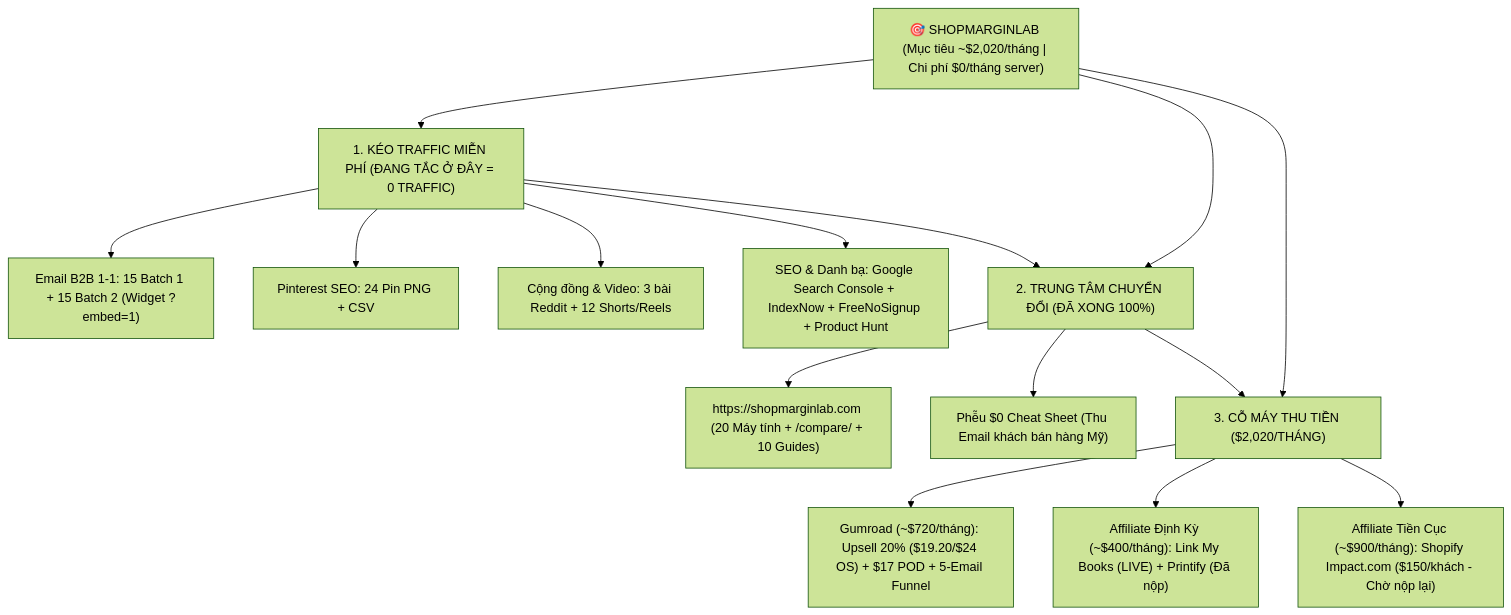
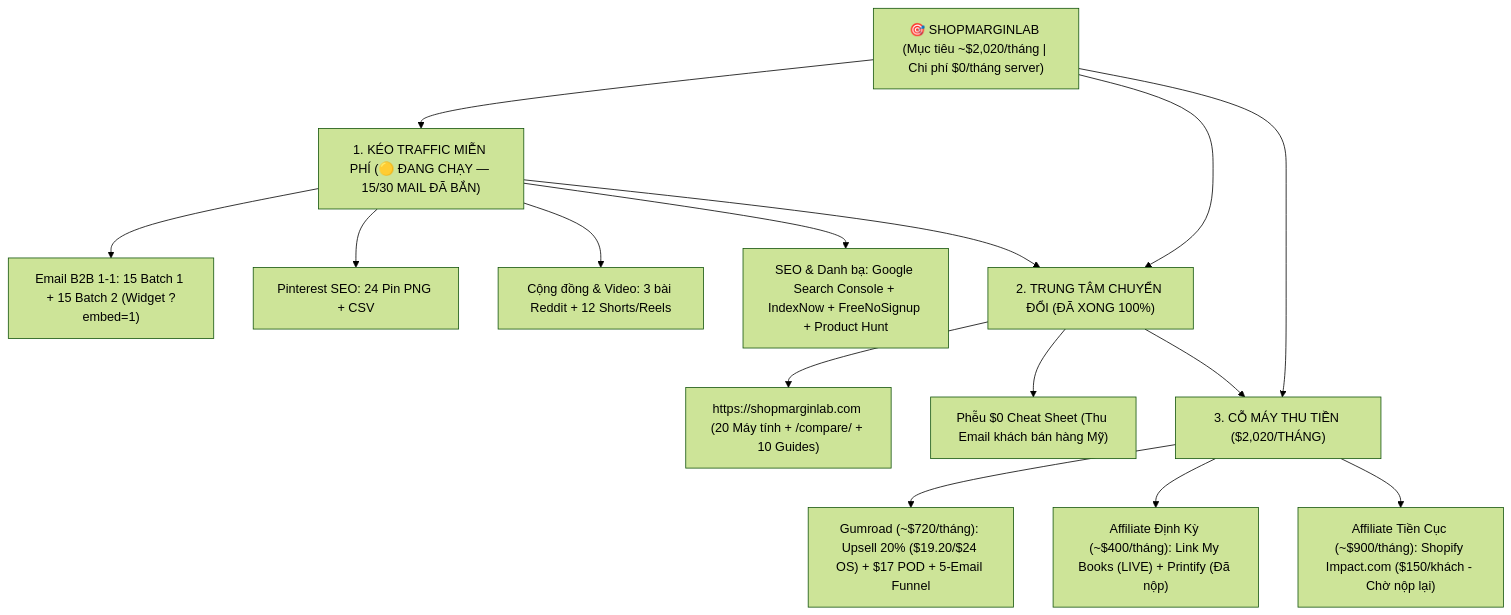
Before and after one commit to ncthanh2809/shopmarginlab: the diagram in SML_MASTER_DASHBOARD.md, drawn with Mermaid (forest theme). The commit also changed other lines of this file, not shown here.

Commit message:
docs: mark M1 100% done and Batch 1 15/15 sent in SML_MASTER_DASHBOARD

````diff
--- a/SML_MASTER_DASHBOARD.md
+++ b/SML_MASTER_DASHBOARD.md
@@ -30,21 +30,21 @@
 ```mermaid
 flowchart TD
     SML["🎯 SHOPMARGINLAB (Mục tiêu ~$2,020/tháng | Chi phí $0/tháng server)"]
 
-    SML --> MKT["1. KÉO TRAFFIC MIỄN PHÍ (ĐANG TẮC Ở ĐÂY = 0 TRAFFIC)"]
+    SML --> MKT["1. KÉO TRAFFIC MIỄN PHÍ (🟡 ĐANG CHẠY — 15/30 MAIL ĐÃ BẮN)"]
     MKT --> M1["Email B2B 1-1: 15 Batch 1 + 15 Batch 2 (Widget ?embed=1)"]
     MKT --> M2["Pinterest SEO: 24 Pin PNG + CSV"]
     MKT --> M3["Cộng đồng & Video: 3 bài Reddit + 12 Shorts/Reels"]
     MKT --> M4["SEO & Danh bạ: Google Search Console + IndexNow + FreeNoSignup + Product Hunt"]
 
     SML --> HUB["2. TRUNG TÂM CHUYỂN ĐỔI (ĐÃ XONG 100%)"]
     HUB --> H1["https://shopmarginlab.com (20 Máy tính + /compare/ + 10 Guides)"]
     HUB --> H2["Phễu $0 Cheat Sheet (Thu Email khách bán hàng Mỹ)"]
 
     SML --> REV["3. CỖ MÁY THU TIỀN ($2,020/THÁNG)"]
     REV --> R1["Gumroad (~$720/tháng): Upsell 20% ($19.20/$24 OS) + $17 POD + 5-Email Funnel"]
     REV --> R2["Affiliate Định Kỳ (~$400/tháng): Link My Books (LIVE) + Printify (Đã nộp)"]
     REV --> R3["Affiliate Tiền Cục (~$900/tháng): Shopify Impact.com ($150/khách - Chờ nộp lại)"]
 
     MKT --> HUB --> REV
 ```
````
